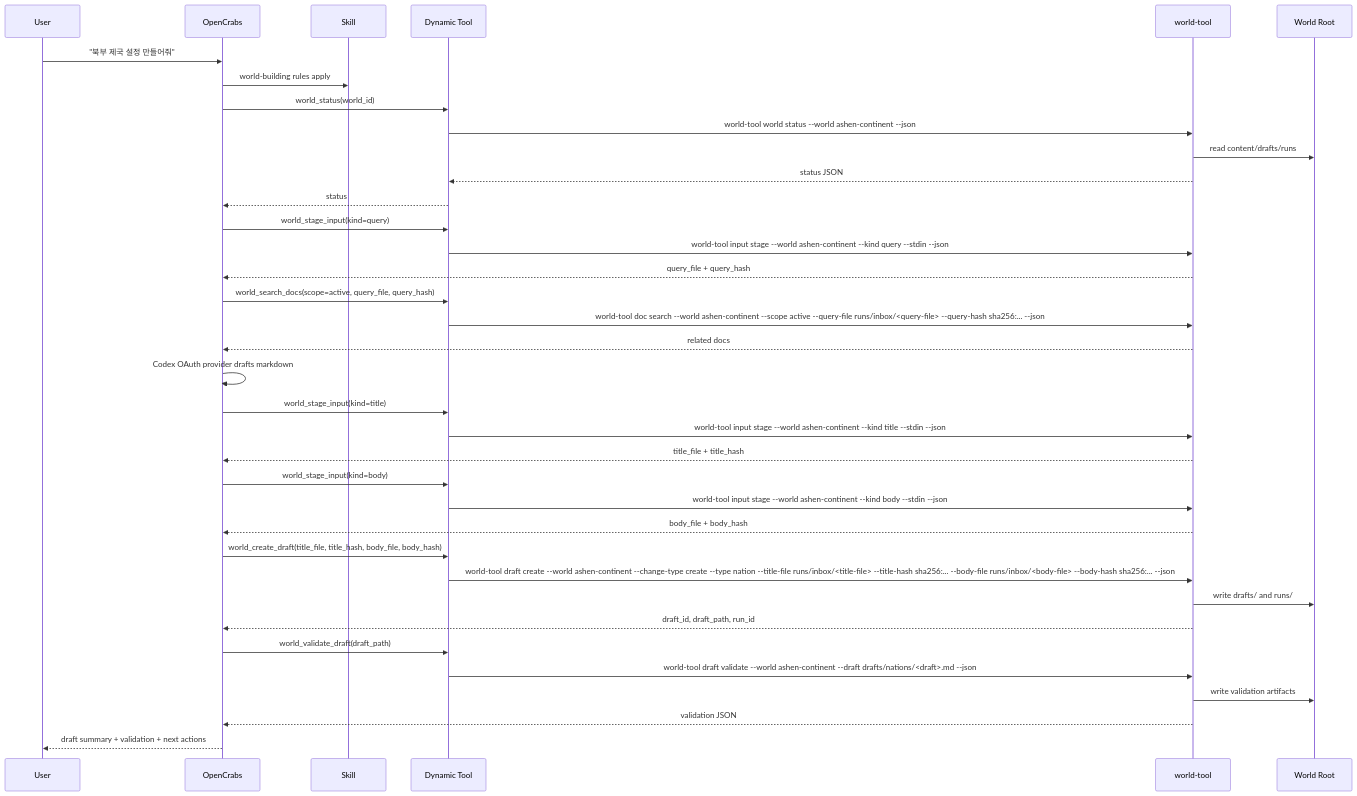
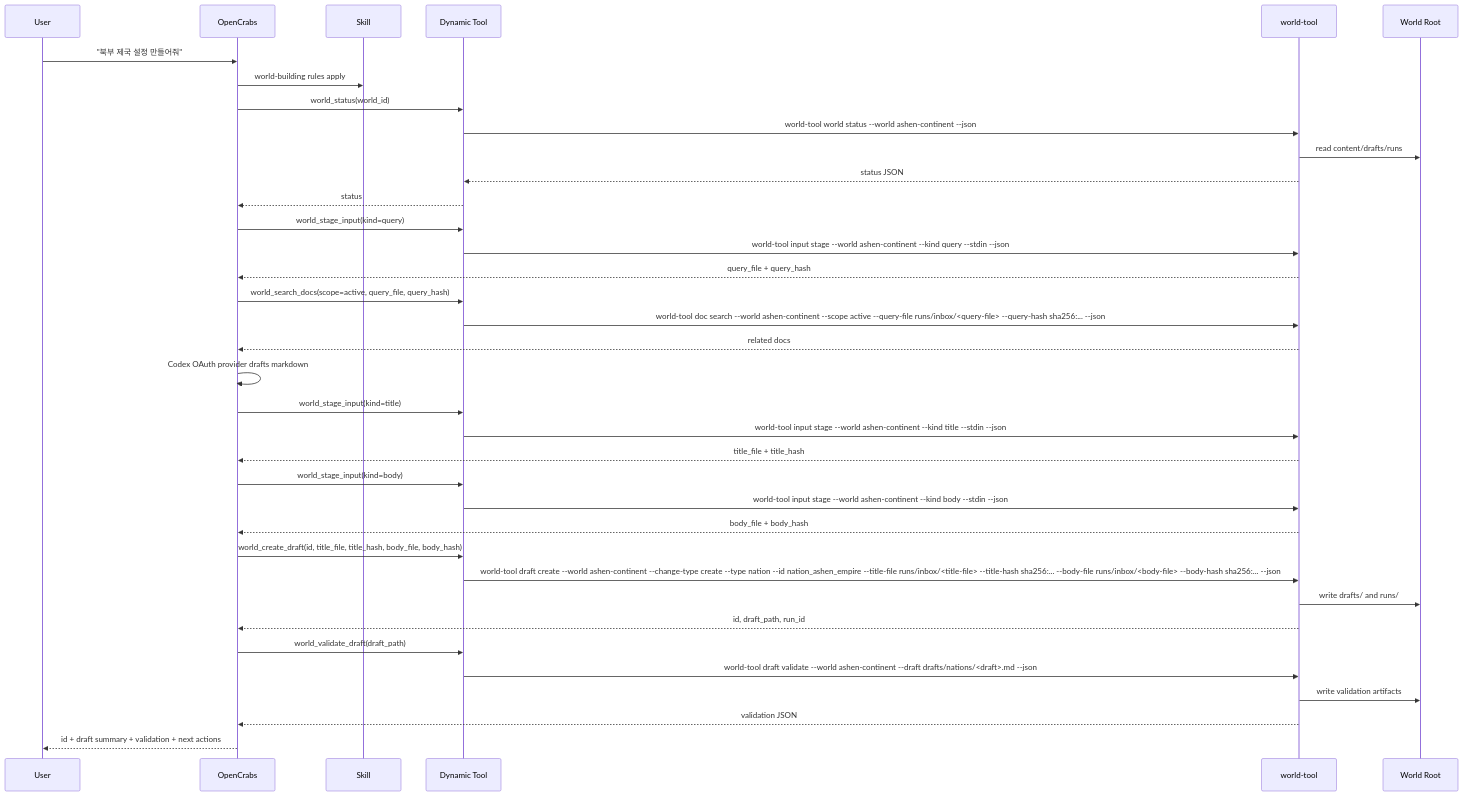
The third of 5 diagrams in docs/system-design.md (hoonzinope/world-building-harness), drawn with Mermaid before and after one commit. The commit also changed other lines of this file and 12 other files, not shown here.

````diff
--- a/docs/system-design.md
+++ b/docs/system-design.md
@@ -111,39 +113,39 @@
 ```mermaid
 sequenceDiagram
     participant User
     participant OpenCrabs
     participant Skill
     participant Tool as Dynamic Tool
     participant WT as world-tool
     participant World as World Root
 
     User->>OpenCrabs: "북부 제국 설정 만들어줘"
     OpenCrabs->>Skill: world-building rules apply
     OpenCrabs->>Tool: world_status(world_id)
     Tool->>WT: world-tool world status --world ashen-continent --json
     WT->>World: read content/drafts/runs
     WT-->>Tool: status JSON
     Tool-->>OpenCrabs: status
     OpenCrabs->>Tool: world_stage_input(kind=query)
     Tool->>WT: world-tool input stage --world ashen-continent --kind query --stdin --json
     WT-->>OpenCrabs: query_file + query_hash
     OpenCrabs->>Tool: world_search_docs(scope=active, query_file, query_hash)
     Tool->>WT: world-tool doc search --world ashen-continent --scope active --query-file runs/inbox/<query-file> --query-hash sha256:... --json
     WT-->>OpenCrabs: related docs
     OpenCrabs->>OpenCrabs: Codex OAuth provider drafts markdown
     OpenCrabs->>Tool: world_stage_input(kind=title)
     Tool->>WT: world-tool input stage --world ashen-continent --kind title --stdin --json
     WT-->>OpenCrabs: title_file + title_hash
     OpenCrabs->>Tool: world_stage_input(kind=body)
     Tool->>WT: world-tool input stage --world ashen-continent --kind body --stdin --json
     WT-->>OpenCrabs: body_file + body_hash
-    OpenCrabs->>Tool: world_create_draft(title_file, title_hash, body_file, body_hash)
-    Tool->>WT: world-tool draft create --world ashen-continent --change-type create --type nation --title-file runs/inbox/<title-file> --title-hash sha256:... --body-file runs/inbox/<body-file> --body-hash sha256:... --json
+    OpenCrabs->>Tool: world_create_draft(id, title_file, title_hash, body_file, body_hash)
+    Tool->>WT: world-tool draft create --world ashen-continent --change-type create --type nation --id nation_ashen_empire --title-file runs/inbox/<title-file> --title-hash sha256:... --body-file runs/inbox/<body-file> --body-hash sha256:... --json
     WT->>World: write drafts/ and runs/
-    WT-->>OpenCrabs: draft_id, draft_path, run_id
+    WT-->>OpenCrabs: id, draft_path, run_id
     OpenCrabs->>Tool: world_validate_draft(draft_path)
     Tool->>WT: world-tool draft validate --world ashen-continent --draft drafts/nations/<draft>.md --json
     WT->>World: write validation artifacts
     WT-->>OpenCrabs: validation JSON
-    OpenCrabs-->>User: draft summary + validation + next actions
+    OpenCrabs-->>User: id + draft summary + validation + next actions
 ```
````
